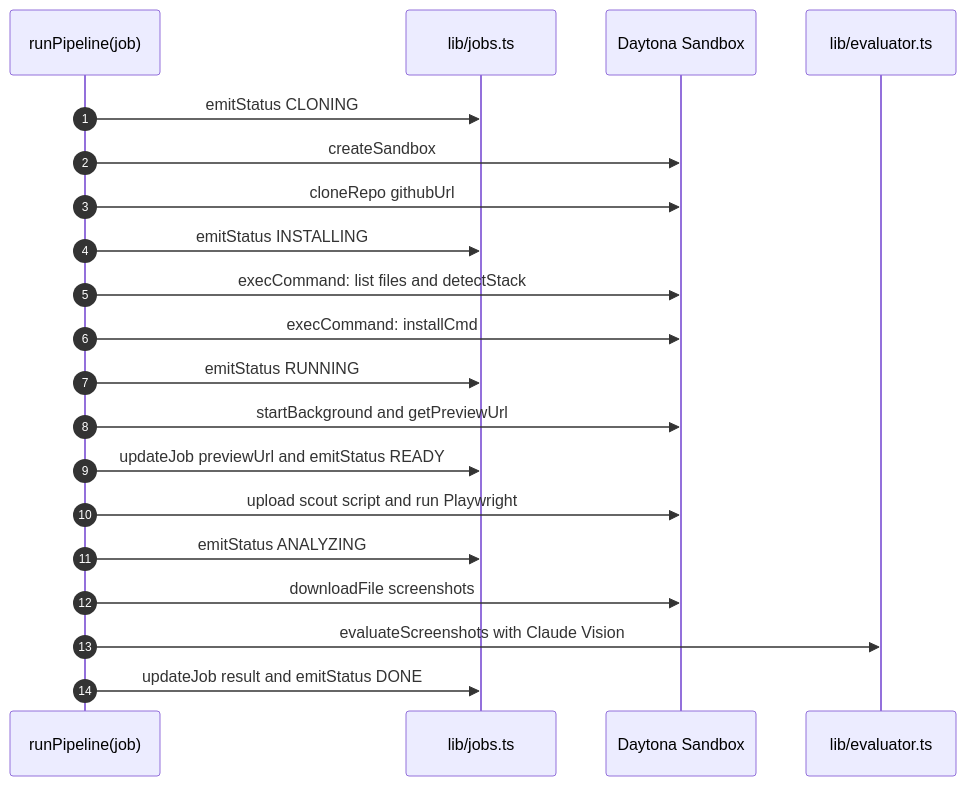
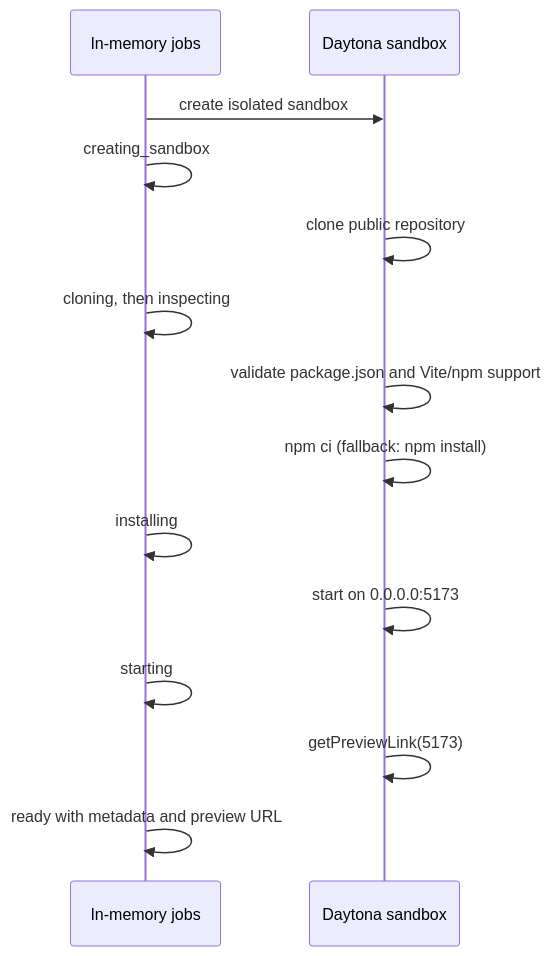
The diagram in docs/build-plan.md (statho7/trysdk), drawn with Mermaid before and after one commit. The commit also changed other lines of this file and 3 other files, not shown here.

````diff
--- a/docs/build-plan.md
+++ b/docs/build-plan.md
@@ -129,23 +77,17 @@
 ```mermaid
 sequenceDiagram
-    autonumber
-    participant Pipeline as runPipeline(job)
-    participant Jobs as lib/jobs.ts
-    participant Sandbox as Daytona Sandbox
-    participant Evaluator as lib/evaluator.ts
+    participant Jobs as In-memory jobs
+    participant Sandbox as Daytona sandbox
 
-    Pipeline->>Jobs: emitStatus CLONING
-    Pipeline->>Sandbox: createSandbox
-    Pipeline->>Sandbox: cloneRepo githubUrl
-    Pipeline->>Jobs: emitStatus INSTALLING
-    Pipeline->>Sandbox: execCommand: list files and detectStack
-    Pipeline->>Sandbox: execCommand: installCmd
-    Pipeline->>Jobs: emitStatus RUNNING
-    Pipeline->>Sandbox: startBackground and getPreviewUrl
-    Pipeline->>Jobs: updateJob previewUrl and emitStatus READY
-    Pipeline->>Sandbox: upload scout script and run Playwright
-    Pipeline->>Jobs: emitStatus ANALYZING
-    Pipeline->>Sandbox: downloadFile screenshots
-    Pipeline->>Evaluator: evaluateScreenshots with Claude Vision
-    Pipeline->>Jobs: updateJob result and emitStatus DONE
+    Jobs->>Sandbox: create isolated sandbox
+    Jobs->>Jobs: creating_sandbox
+    Sandbox->>Sandbox: clone public repository
+    Jobs->>Jobs: cloning, then inspecting
+    Sandbox->>Sandbox: validate package.json and Vite/npm support
+    Sandbox->>Sandbox: npm ci (fallback: npm install)
+    Jobs->>Jobs: installing
+    Sandbox->>Sandbox: start on 0.0.0.0:5173
+    Jobs->>Jobs: starting
+    Sandbox->>Sandbox: getPreviewLink(5173)
+    Jobs->>Jobs: ready with metadata and preview URL
 ```
````
